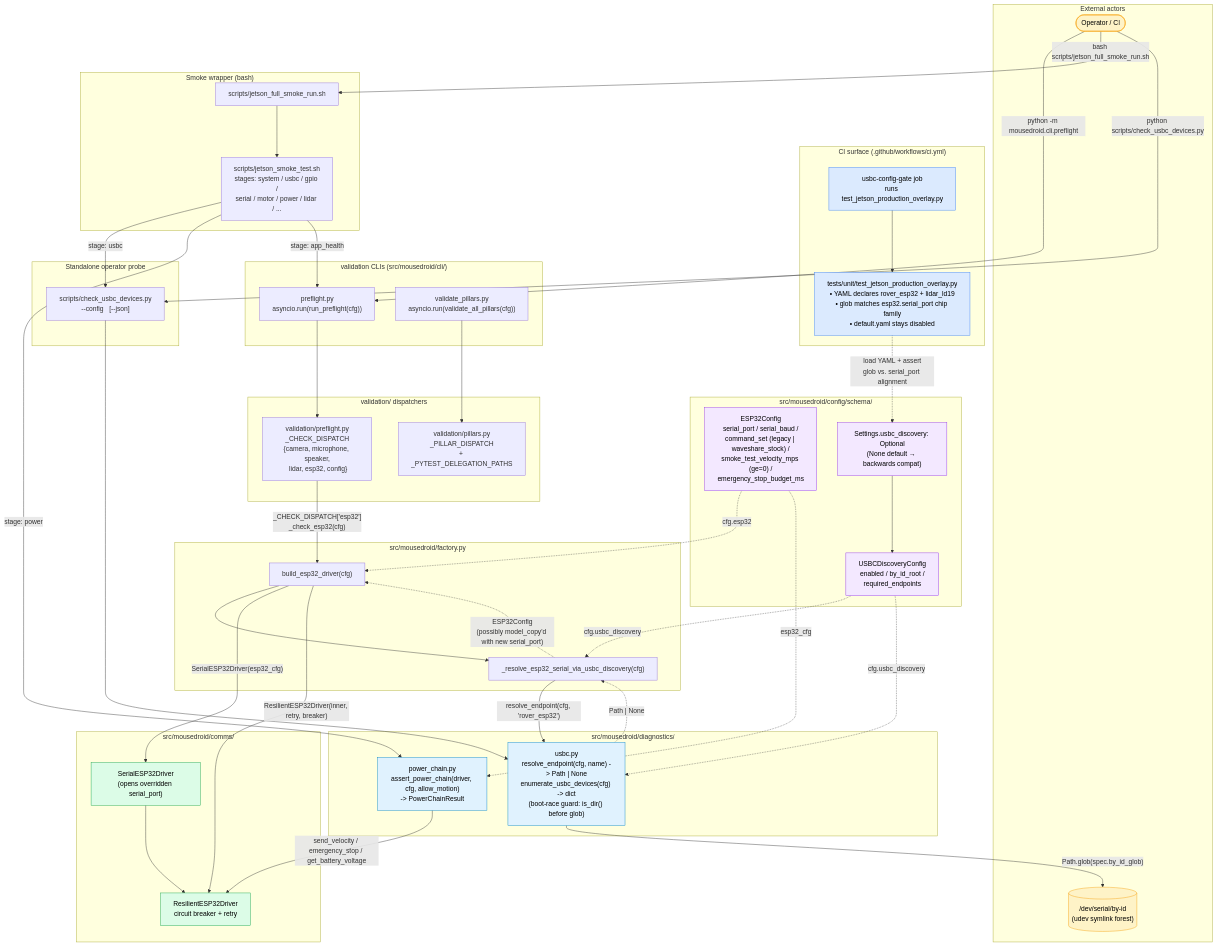
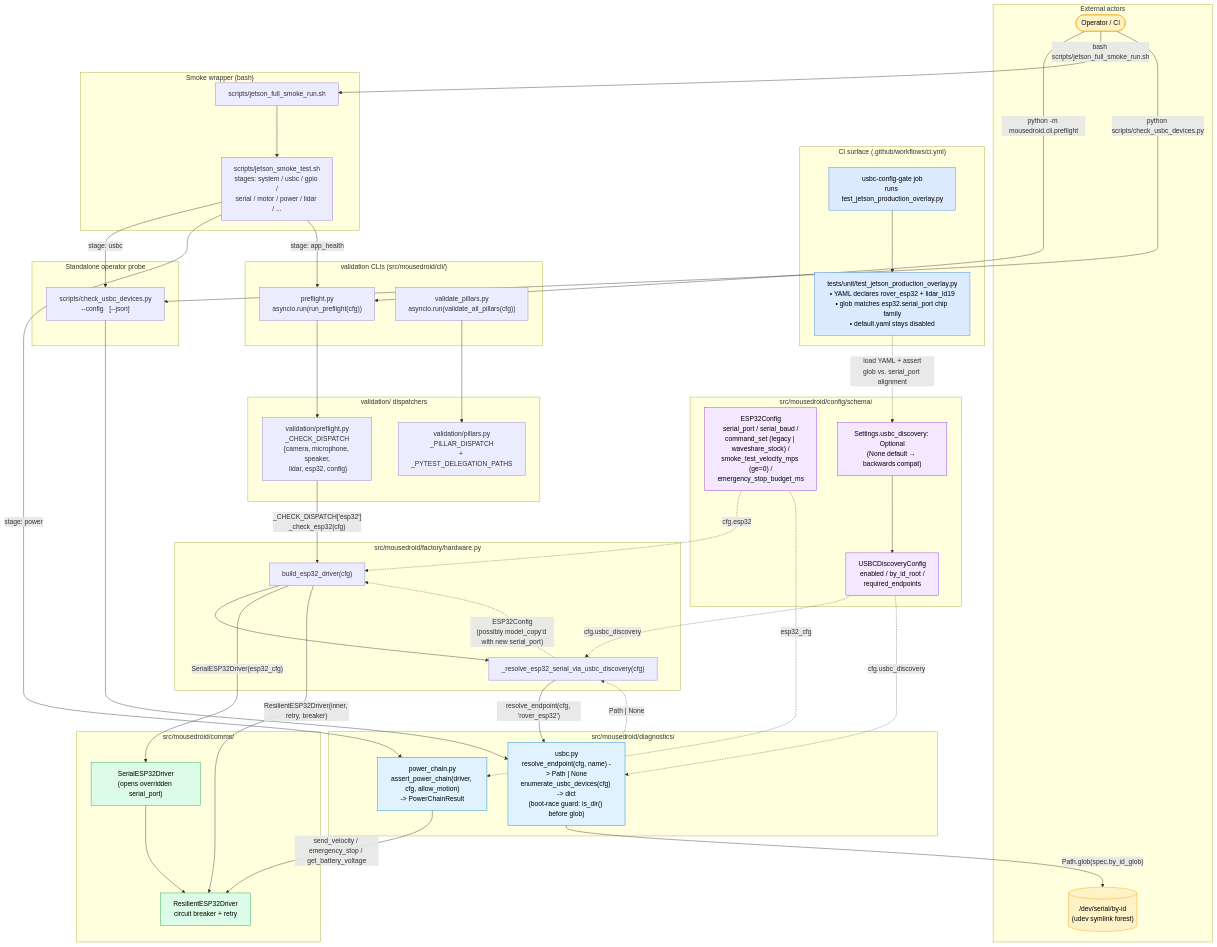
The diagram in docs/architecture/c4-usbc-smoke.md (ianshank/Mouse-Droid-AGI), drawn with Mermaid before and after one commit. The commit also changed other lines of this file and 81 other files, not shown here.

```diff
--- a/docs/architecture/c4-usbc-smoke.md
+++ b/docs/architecture/c4-usbc-smoke.md
@@ -44,7 +44,7 @@
         Pillars["validation/pillars.py\n_PILLAR_DISPATCH\n+ _PYTEST_DELEGATION_PATHS"]
     end
 
-    subgraph Factory["src/mousedroid/factory.py"]
+    subgraph Factory["src/mousedroid/factory/hardware.py"]
         BuildEsp32["build_esp32_driver(cfg)"]
         Resolver["_resolve_esp32_serial_via_usbc_discovery(cfg)"]
     end
```
